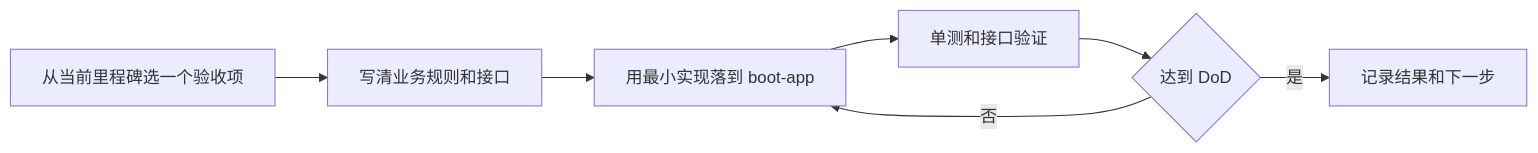
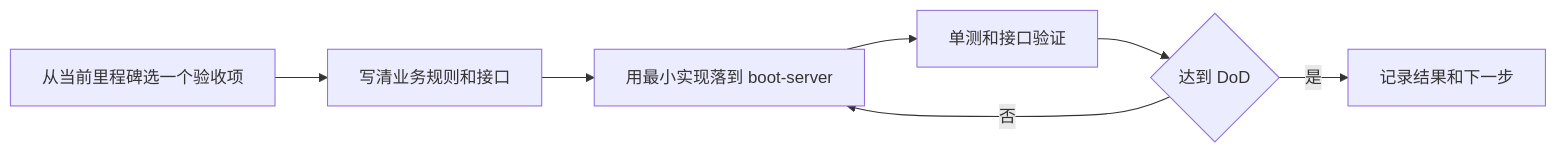
One commit to umlink/java-full-stack changed the first of 2 diagrams in docs/10-实战产品蓝图/01-产品范围与实践方法.md. Above: the diagram before and after it, drawn with Mermaid. The commit also changed other lines of this file and 28 other files, not shown here.

Commit message:
refactor: 统一后端工程命名为 boot-server

````diff
--- a/docs/10-实战产品蓝图/01-产品范围与实践方法.md
+++ b/docs/10-实战产品蓝图/01-产品范围与实践方法.md
@@ -42,9 +42,9 @@
 ```mermaid
 flowchart LR
     A[从当前里程碑选一个验收项] --> B[写清业务规则和接口]
-    B --> C[用最小实现落到 boot-app]
+    B --> C[用最小实现落到 boot-server]
     C --> D[单测和接口验证]
     D --> E{达到 DoD}
     E -->|否| C
     E -->|是| F[记录结果和下一步]
 ```
````
